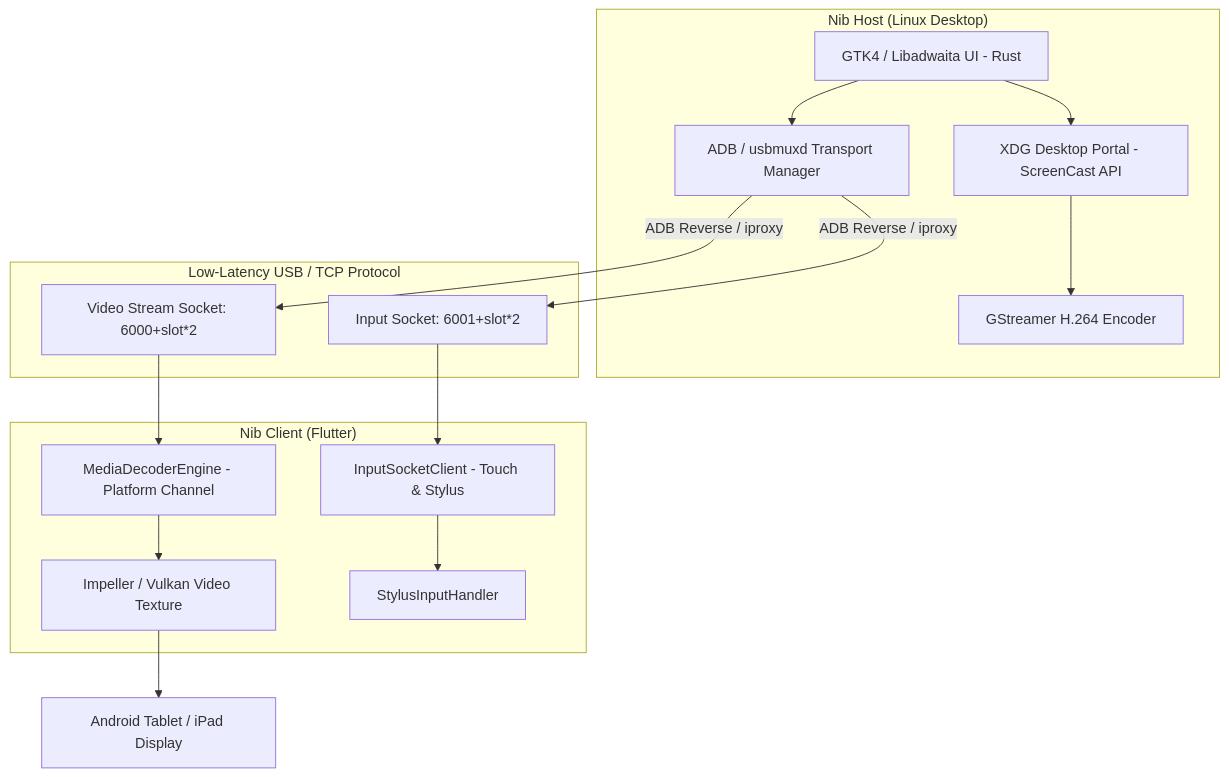
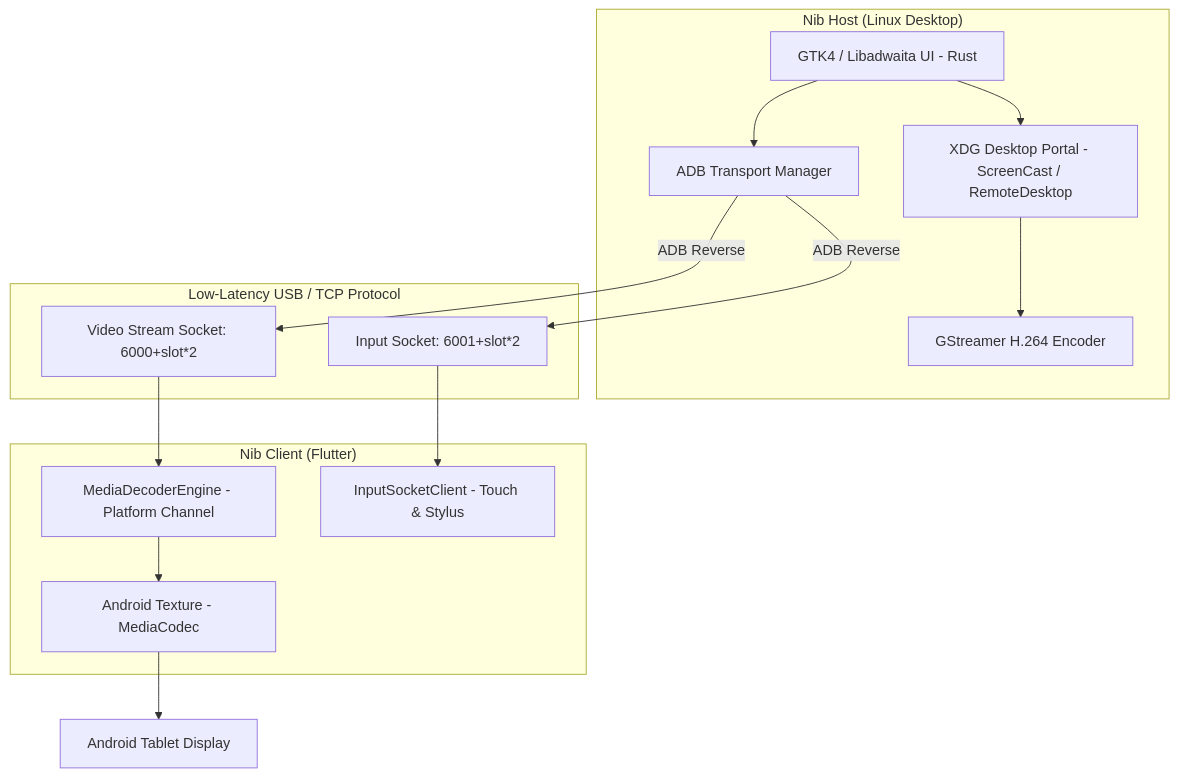
The diagram in README.md (vicajilau/nib), drawn with Mermaid before and after one commit. The commit also changed other lines of this file, not shown here.

````diff
--- a/README.md
+++ b/README.md
@@ -29,22 +41,21 @@
 ```mermaid
 graph TD
     subgraph Host ["Nib Host (Linux Desktop)"]
-        A[GTK4 / Libadwaita UI - Rust] --> B[ADB / usbmuxd Transport Manager]
-        A --> C[XDG Desktop Portal - ScreenCast API]
+        A[GTK4 / Libadwaita UI - Rust] --> B[ADB Transport Manager]
+        A --> C[XDG Desktop Portal - ScreenCast / RemoteDesktop]
         C --> D[GStreamer H.264 Encoder]
     end
 
     subgraph Transport ["Low-Latency USB / TCP Protocol"]
-        B -->|ADB Reverse / iproxy| E[Video Stream Socket: 6000+slot*2]
-        B -->|ADB Reverse / iproxy| F[Input Socket: 6001+slot*2]
+        B -->|ADB Reverse| E[Video Stream Socket: 6000+slot*2]
+        B -->|ADB Reverse| F[Input Socket: 6001+slot*2]
     end
 
     subgraph Client ["Nib Client (Flutter)"]
         E --> G[MediaDecoderEngine - Platform Channel]
         F --> H[InputSocketClient - Touch & Stylus]
-        G --> I[Impeller / Vulkan Video Texture]
-        H --> J[StylusInputHandler]
+        G --> I[Android Texture - MediaCodec]
     end
 
-    I --> K[Android Tablet / iPad Display]
+    I --> J[Android Tablet Display]
 ```
````
